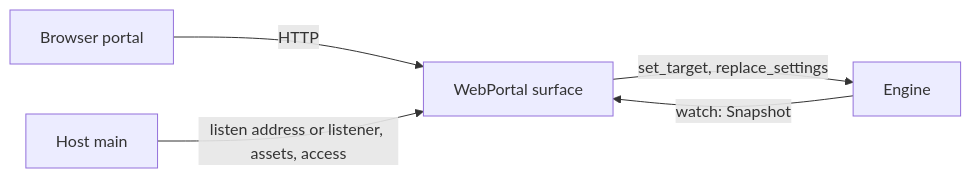
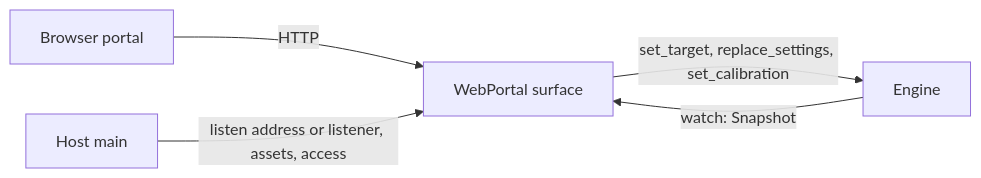
The diagram in v1/surfaces/web-portal/HTTP-CONTRACT.md (ericschaal/prysm), drawn with Mermaid before and after one commit. The commit also changed other lines of this file and 30 other files, not shown here.

First line of the commit message:
feat(v1): calibration pattern state in the engine and portal API

````diff
--- a/v1/surfaces/web-portal/HTTP-CONTRACT.md
+++ b/v1/surfaces/web-portal/HTTP-CONTRACT.md
@@ -10,7 +10,7 @@
 ```mermaid
 flowchart LR
     Browser[Browser portal] -->|HTTP| Portal[WebPortal surface]
-    Portal -->|set_target, replace_settings| Engine
+    Portal -->|set_target, replace_settings, set_calibration| Engine
     Engine -->|watch: Snapshot| Portal
     Host[Host main] -->|listen address or listener, assets, access| Portal
 ```
````
